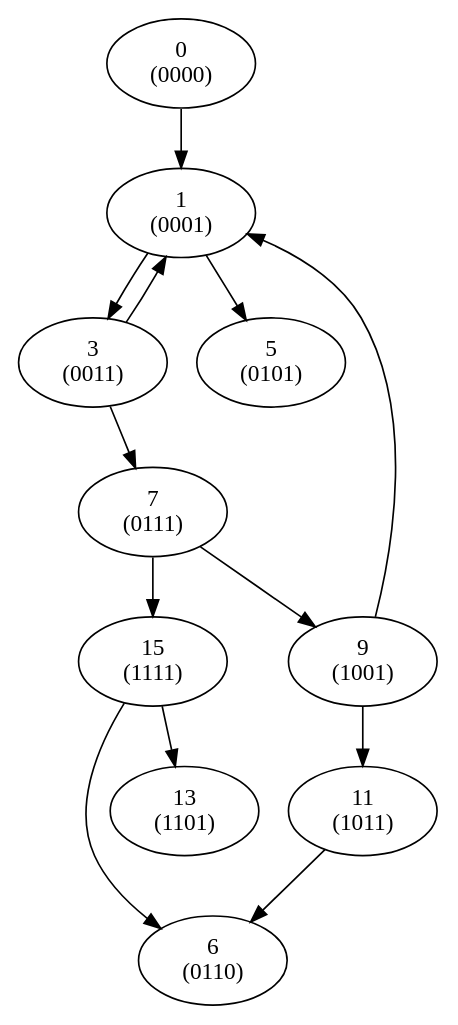
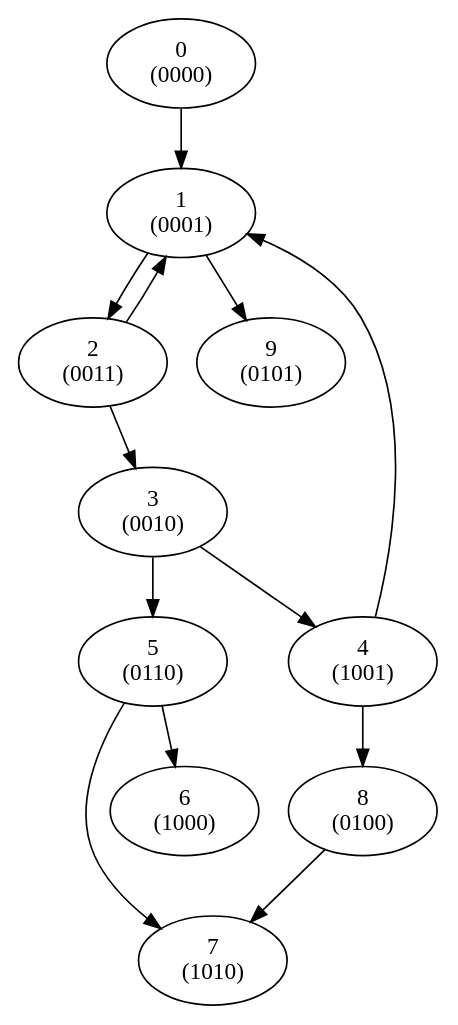
One commit to abemac/verilog-to-fsm changed the diagram in state_encoding/yuan_alg/run/graph2.dot. Above: the diagram before and after it, drawn with Graphviz. The commit also changed 3 other files, not shown here.

```diff
--- a/state_encoding/yuan_alg/run/graph2.dot
+++ b/state_encoding/yuan_alg/run/graph2.dot
@@ -1,14 +1,14 @@
 digraph fsm {
 "0\n(0000)" -> "1\n(0001)";
-"1\n(0001)" -> "3\n(0011)";
-"1\n(0001)" -> "5\n(0101)";
-"3\n(0011)" -> "1\n(0001)";
-"3\n(0011)" -> "7\n(0111)";
-"7\n(0111)" -> "15\n(1111)";
-"7\n(0111)" -> "9\n(1001)";
-"9\n(1001)" -> "1\n(0001)";
-"9\n(1001)" -> "11\n(1011)";
-"15\n(1111)" -> "6\n(0110)";
-"15\n(1111)" -> "13\n(1101)";
-"11\n(1011)" -> "6\n(0110)";
+"1\n(0001)" -> "2\n(0011)";
+"1\n(0001)" -> "9\n(0101)";
+"2\n(0011)" -> "1\n(0001)";
+"2\n(0011)" -> "3\n(0010)";
+"3\n(0010)" -> "5\n(0110)";
+"3\n(0010)" -> "4\n(1001)";
+"4\n(1001)" -> "1\n(0001)";
+"4\n(1001)" -> "8\n(0100)";
+"5\n(0110)" -> "7\n(1010)";
+"5\n(0110)" -> "6\n(1000)";
+"8\n(0100)" -> "7\n(1010)";
 }
```
